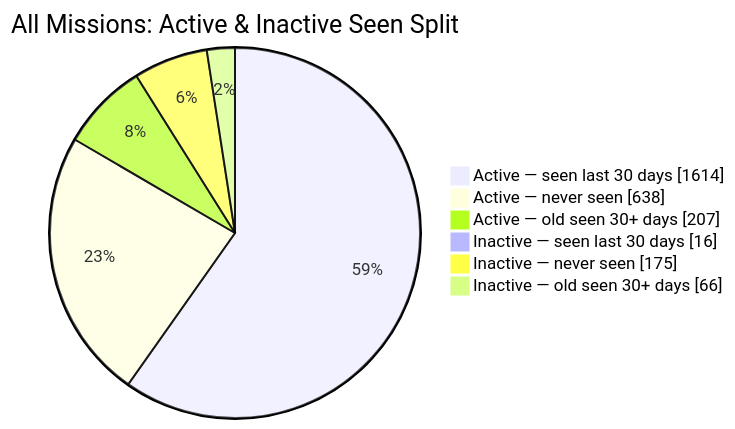
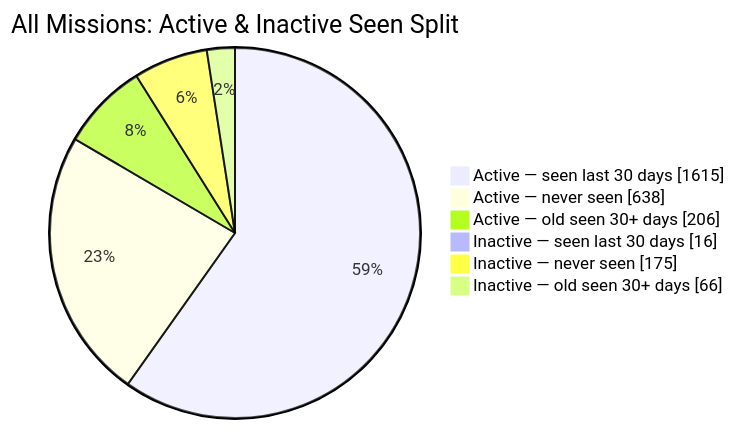
Before and after one commit to MeldkamerspelGameTeam/active-missions: the second of 2 diagrams in README.md, drawn with Mermaid. The commit also changed other lines of this file and 3 other files, not shown here.

````diff
--- a/README.md
+++ b/README.md
@@ -44,10 +44,10 @@
 ```mermaid
 pie showData
     title All Missions: Active & Inactive Seen Split
-    "Active — seen last 30 days" : 1614
+    "Active — seen last 30 days" : 1615
     "Active — never seen" : 638
-    "Active — old seen 30+ days" : 207
+    "Active — old seen 30+ days" : 206
     "Inactive — seen last 30 days" : 16
     "Inactive — never seen" : 175
     "Inactive — old seen 30+ days" : 66
 ```
````
